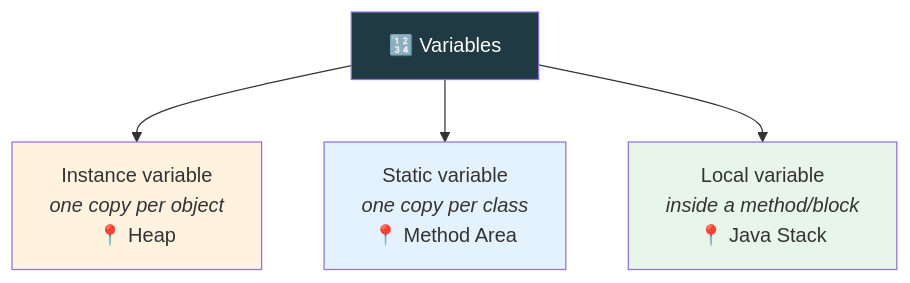
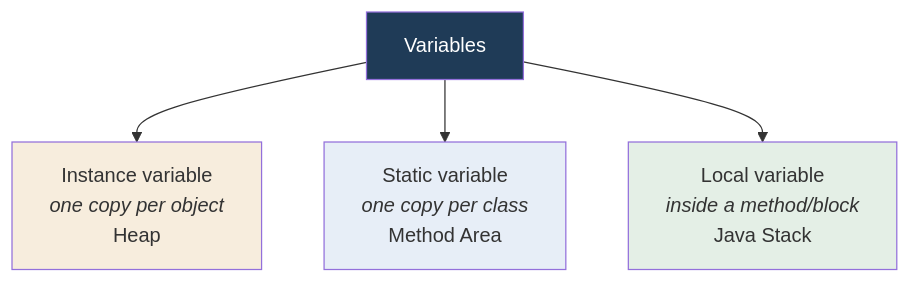
The diagram in src/Theory/05-OOPS-Part-1/04-Variables.md (kundankumarsharma56/Leaning-Java), drawn with Mermaid before and after one commit. The commit also changed other lines of this file and 84 other files, not shown here.

````diff
--- a/src/Theory/05-OOPS-Part-1/04-Variables.md
+++ b/src/Theory/05-OOPS-Part-1/04-Variables.md
@@ -21,10 +21,10 @@
 ```mermaid
 flowchart TD
-    V["🔢 Variables"] --> I["Instance variable<br/><i>one copy per object</i><br/>📍 Heap"]
-    V --> S["Static variable<br/><i>one copy per class</i><br/>📍 Method Area"]
-    V --> L["Local variable<br/><i>inside a method/block</i><br/>📍 Java Stack"]
-    style V fill:#203a43,color:#fff
-    style I fill:#fff3e0
-    style S fill:#e3f2fd
-    style L fill:#e8f5e9
+    V["Variables"] --> I["Instance variable<br/><i>one copy per object</i><br/> Heap"]
+    V --> S["Static variable<br/><i>one copy per class</i><br/> Method Area"]
+    V --> L["Local variable<br/><i>inside a method/block</i><br/> Java Stack"]
+    style V fill:#1f3b57,color:#fff
+    style I fill:#f7eddd
+    style S fill:#e7eef7
+    style L fill:#e4efe6
 ```
````
